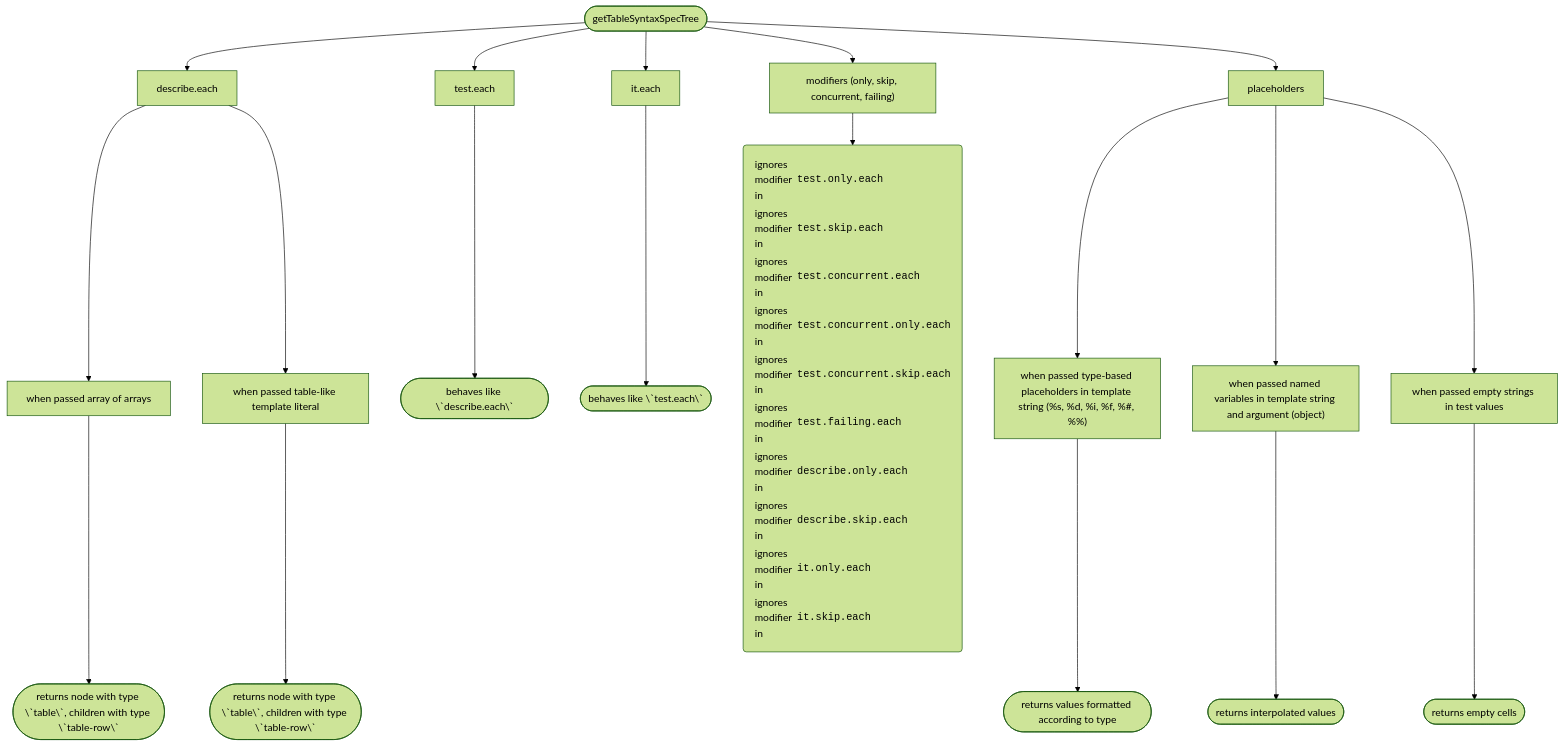
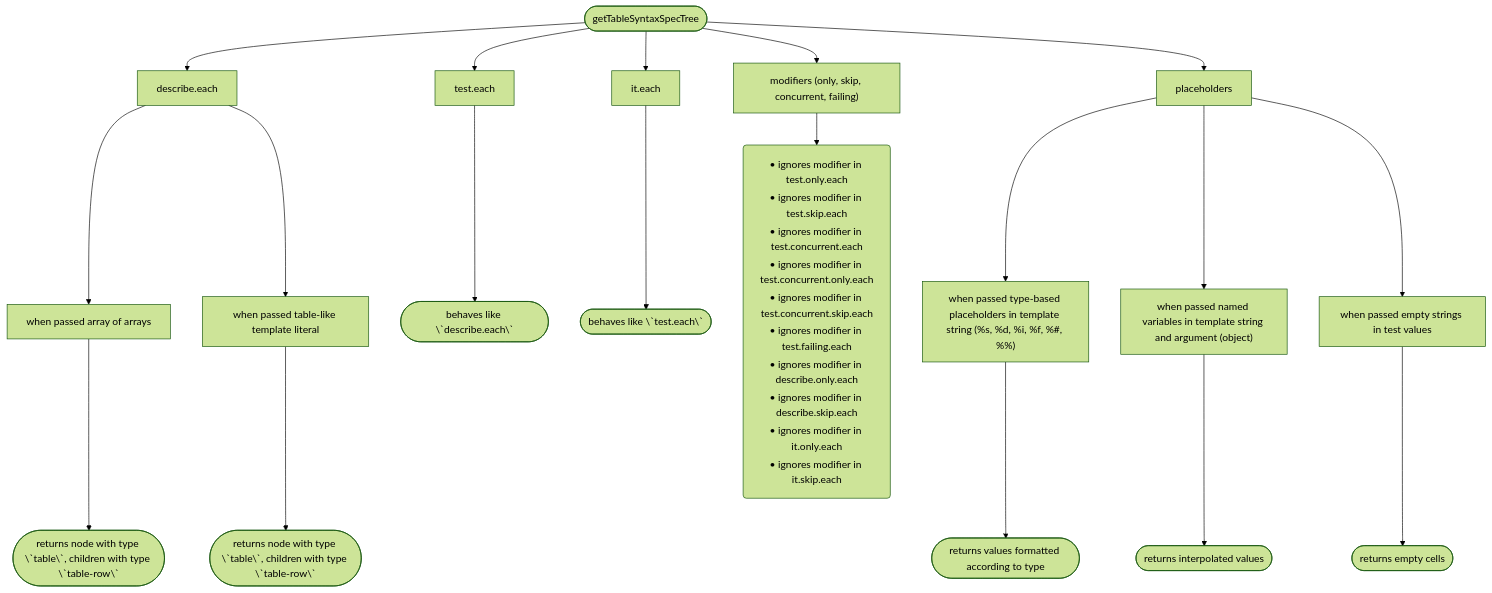
The fourth of 9 diagrams in speccharts.md (arnaudrenaud/speccharts), drawn with Mermaid (forest theme) before and after one commit.

````diff
--- a/speccharts.md
+++ b/speccharts.md
@@ -70,40 +70,40 @@
 ```mermaid
 flowchart TD
 N0(["getTableSyntaxSpecTree"])
 N1["describe.each"]
 N0 --> N1
 N2["when passed array of arrays"]
 N1 --> N2
 N3(["returns node with type \`table\`, children with type \`table-row\`"])
 N2 --> N3
 N4["when passed table-like template literal"]
 N1 --> N4
 N5(["returns node with type \`table\`, children with type \`table-row\`"])
 N4 --> N5
 N6["test.each"]
 N0 --> N6
 N7(["behaves like \`describe.each\`"])
 N6 --> N7
 N8["it.each"]
 N0 --> N8
 N9(["behaves like \`test.each\`"])
 N8 --> N9
 N10["modifiers (only, skip, concurrent, failing)"]
 N0 --> N10
-N11("<table style='text-align: left;'><tr><td>ignores modifier in </td><td style='font-family: monospace'>test.only.each</td></tr><tr><td>ignores modifier in </td><td style='font-family: monospace'>test.skip.each</td></tr><tr><td>ignores modifier in </td><td style='font-family: monospace'>test.concurrent.each</td></tr><tr><td>ignores modifier in </td><td style='font-family: monospace'>test.concurrent.only.each</td></tr><tr><td>ignores modifier in </td><td style='font-family: monospace'>test.concurrent.skip.each</td></tr><tr><td>ignores modifier in </td><td style='font-family: monospace'>test.failing.each</td></tr><tr><td>ignores modifier in </td><td style='font-family: monospace'>describe.only.each</td></tr><tr><td>ignores modifier in </td><td style='font-family: monospace'>describe.skip.each</td></tr><tr><td>ignores modifier in </td><td style='font-family: monospace'>it.only.each</td></tr><tr><td>ignores modifier in </td><td style='font-family: monospace'>it.skip.each</td></tr></table>")
+N11("<table><tr><td>• ignores modifier in test.only.each</td></tr><tr><td>• ignores modifier in test.skip.each</td></tr><tr><td>• ignores modifier in test.concurrent.each</td></tr><tr><td>• ignores modifier in test.concurrent.only.each</td></tr><tr><td>• ignores modifier in test.concurrent.skip.each</td></tr><tr><td>• ignores modifier in test.failing.each</td></tr><tr><td>• ignores modifier in describe.only.each</td></tr><tr><td>• ignores modifier in describe.skip.each</td></tr><tr><td>• ignores modifier in it.only.each</td></tr><tr><td>• ignores modifier in it.skip.each</td></tr></table>")
 N10 --> N11
 N12["placeholders"]
 N0 --> N12
 N13["when passed type-based placeholders in template string (%s, %d, %i, %f, %#, %%)"]
 N12 --> N13
 N14(["returns values formatted according to type"])
 N13 --> N14
 N15["when passed named variables in template string and argument (object)"]
 N12 --> N15
 N16(["returns interpolated values"])
 N15 --> N16
 N17["when passed empty strings in test values"]
 N12 --> N17
 N18(["returns empty cells"])
 N17 --> N18
 ```
````
